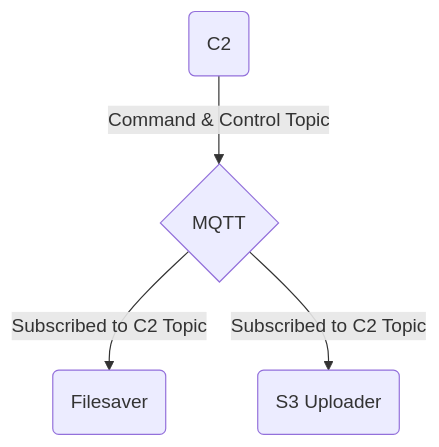
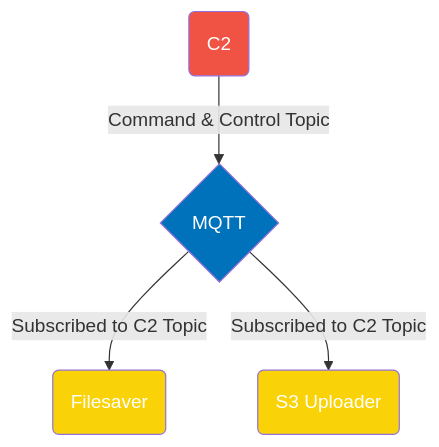
Before and after one commit to IQTLabs/edgetech-c2: the diagram in README.md, drawn with Mermaid.

Commit message:
flowchart updates

````diff
--- a/README.md
+++ b/README.md
@@ -74,8 +74,13 @@
 ```mermaid 
 
 flowchart TD
     c2(C2) -- Command & Control Topic --> mqtt{MQTT}
     mqtt{MQTT} -- Subscribed to C2 Topic --> filesaver(Filesaver)
     mqtt{MQTT} -- Subscribed to C2 Topic --> s3uploader(S3 Uploader)
 
+style mqtt fill:#0072bc,color:#ffffff
+style s3uploader fill:#F9D308,color:#ffffff
+style filesaver fill:#F9D308,color:#ffffff
+style c2 fill:#f05343,color:#ffffff
+
 ```
````
